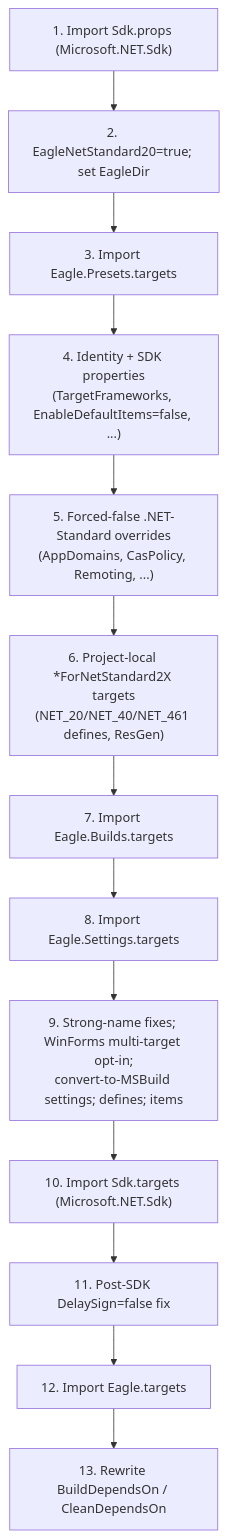
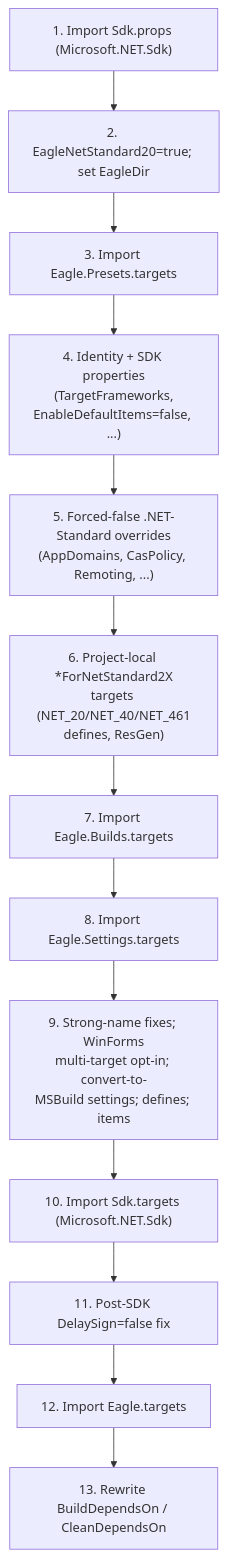
One commit to mistachkin/docs changed the fourth of 6 diagrams in msbuild.md. Above: the diagram before and after it, drawn with Mermaid. The commit also changed other lines of this file, not shown here.

Commit message:
Fixes to MSBuild information.

````diff
--- a/msbuild.md
+++ b/msbuild.md
@@ -238,15 +225,15 @@
 ```mermaid
 flowchart TD
     A["1. Import Sdk.props (Microsoft.NET.Sdk)"] --> B["2. EagleNetStandard20=true; set EagleDir"]
     B --> C["3. Import Eagle.Presets.targets"]
-    C --> D["4. Identity + SDK properties<br/>(TargetFrameworks, EnableDefaultItems=false, ...)"]
+    C --> D["4. Identity + SDK properties<br/>(TargetFrameworks,<br/>EnableDefaultItems=false, ...)"]
     D --> E["5. Forced-false .NET-Standard overrides<br/>(AppDomains, CasPolicy, Remoting, ...)"]
-    E --> F["6. Project-local *ForNetStandard2X targets<br/>(NET_20/NET_40/NET_461 defines, ResGen)"]
+    E --> F["6. Project-local *ForNetStandard2X<br/>targets (NET_20/NET_40/NET_461<br/>defines, ResGen)"]
     F --> G["7. Import Eagle.Builds.targets"]
     G --> H["8. Import Eagle.Settings.targets"]
-    H --> I["9. Strong-name fixes; WinForms multi-target opt-in;<br/>convert-to-MSBuild settings; defines; items"]
+    H --> I["9. Strong-name fixes; WinForms<br/>multi-target opt-in; convert-to-<br/>MSBuild settings; defines; items"]
     I --> J["10. Import Sdk.targets (Microsoft.NET.Sdk)"]
     J --> K["11. Post-SDK DelaySign=false fix"]
     K --> L["12. Import Eagle.targets"]
     L --> M["13. Rewrite BuildDependsOn / CleanDependsOn"]
 ```
````
